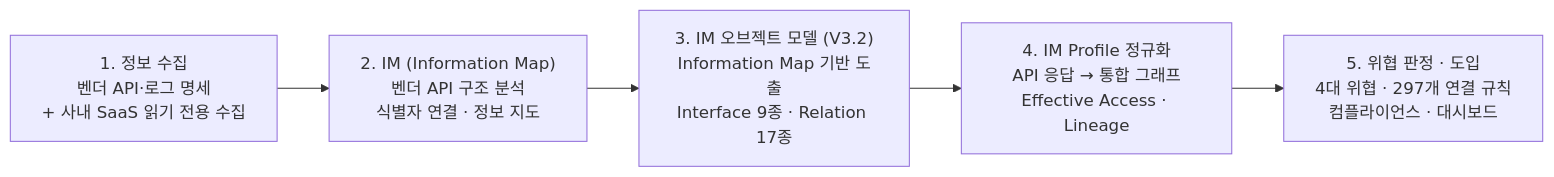
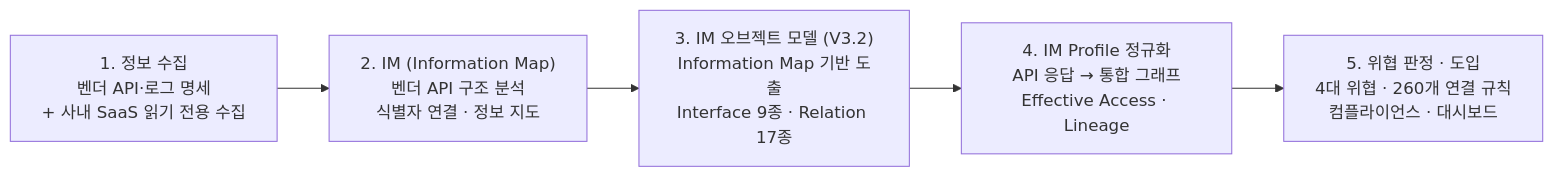
One commit to AEGI-Inc/aegi-framework changed the diagram in README.md. Above: the diagram before and after it, drawn with Mermaid. The commit also changed other lines of this file and 30 other files, not shown here.

````diff
--- a/README.md
+++ b/README.md
@@ -11,9 +11,9 @@
 ```mermaid
 flowchart LR
   S1["1. 정보 수집<br/>벤더 API·로그 명세<br/>+ 사내 SaaS 읽기 전용 수집"]
   S2["2. IM (Information Map)<br/>벤더 API 구조 분석<br/>식별자 연결 · 정보 지도"]
   S3["3. IM 오브젝트 모델 (V3.2)<br/>Information Map 기반 도출<br/>Interface 9종 · Relation 17종"]
   S4["4. IM Profile 정규화<br/>API 응답 → 통합 그래프<br/>Effective Access · Lineage"]
-  S5["5. 위협 판정 · 도입<br/>4대 위협 · 297개 연결 규칙<br/>컴플라이언스 · 대시보드"]
+  S5["5. 위협 판정 · 도입<br/>4대 위협 · 260개 연결 규칙<br/>컴플라이언스 · 대시보드"]
   S1 --> S2 --> S3 --> S4 --> S5
 ```
````
